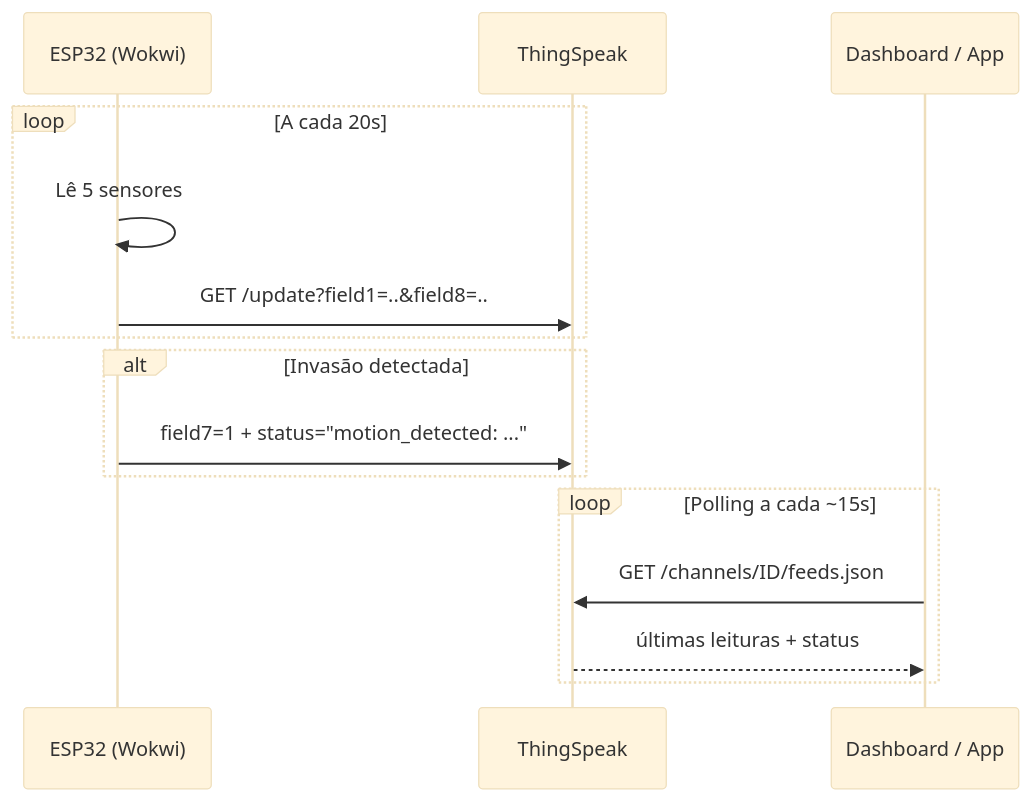
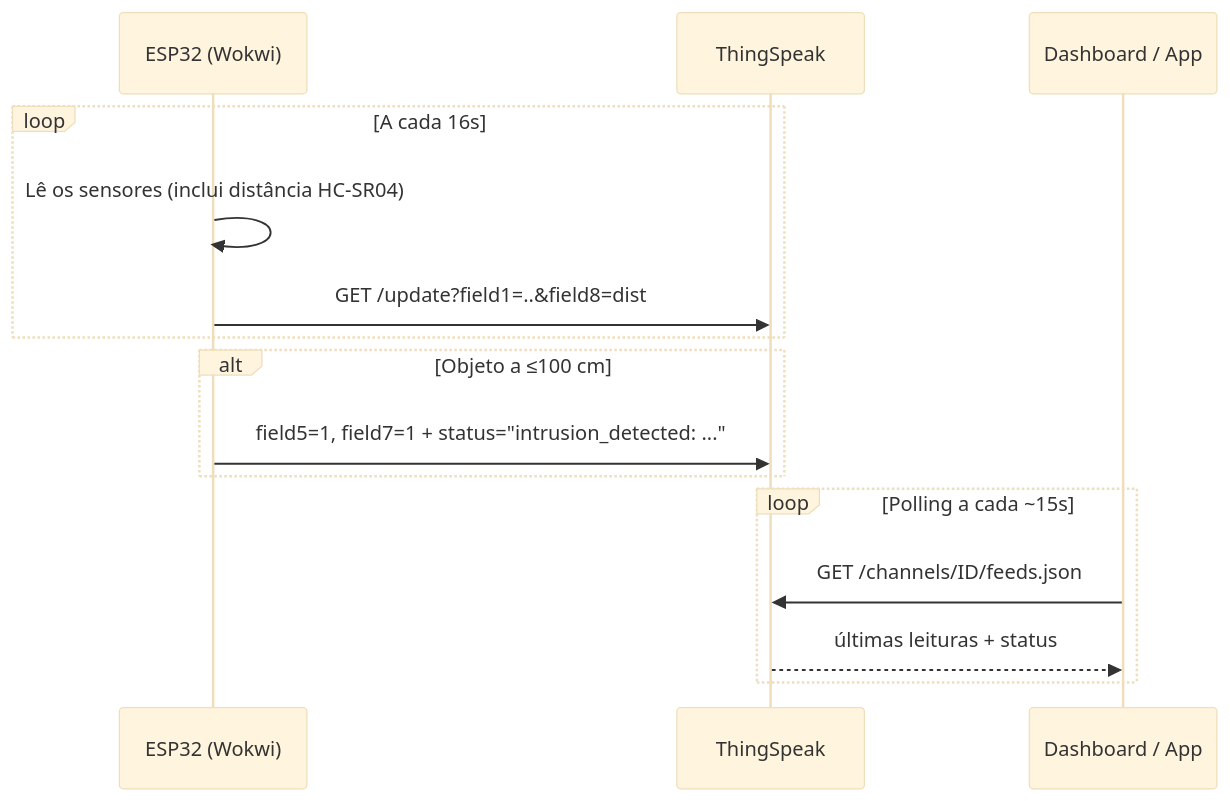
Before and after one commit to JoaoGabriel1601/BETA-IOT-2.0: the diagram in README.md, drawn with Mermaid (base theme). The commit also changed other lines of this file and 2 other files, not shown here.

````diff
--- a/README.md
+++ b/README.md
@@ -69,20 +74,20 @@
 ```mermaid
 sequenceDiagram
     participant ESP as ESP32 (Wokwi)
     participant TS as ThingSpeak
     participant APP as Dashboard / App
 
-    loop A cada 20s
-        ESP->>ESP: Lê 5 sensores
-        ESP->>TS: GET /update?field1=..&field8=..
+    loop A cada 16s
+        ESP->>ESP: Lê os sensores (inclui distância HC-SR04)
+        ESP->>TS: GET /update?field1=..&field8=dist
     end
 
-    alt Invasão detectada
-        ESP->>TS: field7=1 + status="motion_detected: ..."
+    alt Objeto a ≤100 cm
+        ESP->>TS: field5=1, field7=1 + status="intrusion_detected: ..."
     end
 
     loop Polling a cada ~15s
         APP->>TS: GET /channels/ID/feeds.json
         TS-->>APP: últimas leituras + status
     end
 ```
````
